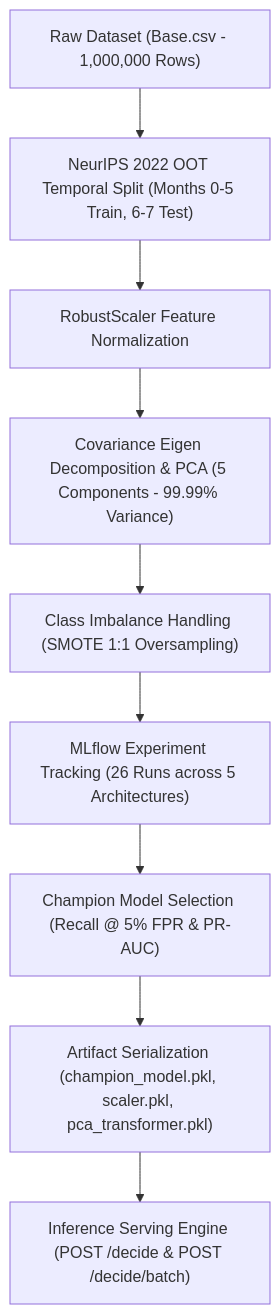
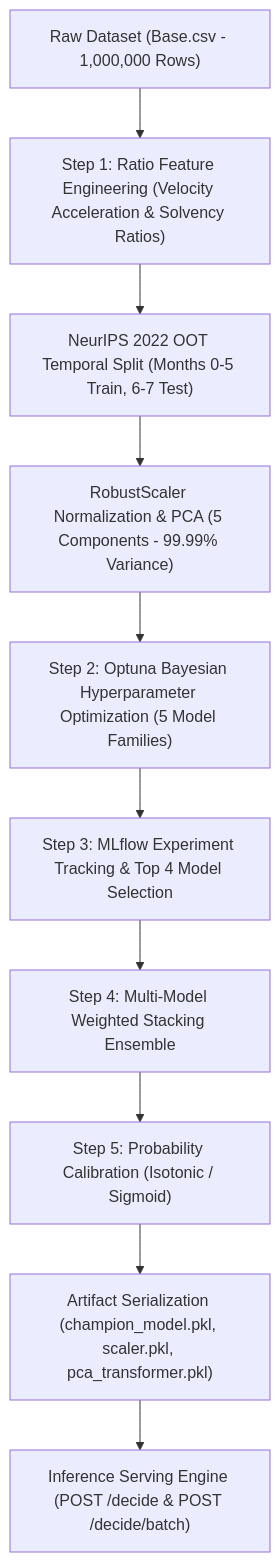
The first of 2 diagrams in README.md (PriyankaHichkad/FinOps-Security-Agent), drawn with Mermaid before and after one commit. The commit also changed 11 other files, not shown here.

````diff
--- a/README.md
+++ b/README.md
@@ -11,15 +11,15 @@
 ```mermaid
 graph TD
-    A["Raw Dataset (Base.csv - 1,000,000 Rows)"] --> B["NeurIPS 2022 OOT Temporal Split (Months 0-5 Train, 6-7 Test)"]
+    A["Raw Dataset (Base.csv - 1,000,000 Rows)"] --> B["Step 1: Ratio Feature Engineering (Velocity Acceleration & Solvency Ratios)"]
+    B --> C["NeurIPS 2022 OOT Temporal Split (Months 0-5 Train, 6-7 Test)"]
     
-    B --> C["RobustScaler Feature Normalization"]
-    C --> D["Covariance Eigen Decomposition & PCA (5 Components - 99.99% Variance)"]
+    C --> D["RobustScaler Normalization & PCA (5 Components - 99.99% Variance)"]
+    D --> E["Step 2: Optuna Bayesian Hyperparameter Optimization (5 Model Families)"]
     
-    D --> E["Class Imbalance Handling (SMOTE 1:1 Oversampling)"]
+    E --> F["Step 3: MLflow Experiment Tracking & Top 4 Model Selection"]
+    F --> G["Step 4: Multi-Model Weighted Stacking Ensemble"]
+    G --> H["Step 5: Probability Calibration (Isotonic / Sigmoid)"]
     
-    E --> F["MLflow Experiment Tracking (26 Runs across 5 Architectures)"]
-    F --> G["Champion Model Selection (Recall @ 5% FPR & PR-AUC)"]
-    
-    G --> H["Artifact Serialization (champion_model.pkl, scaler.pkl, pca_transformer.pkl)"]
-    H --> I["Inference Serving Engine (POST /decide & POST /decide/batch)"]
+    H --> I["Artifact Serialization (champion_model.pkl, scaler.pkl, pca_transformer.pkl)"]
+    I --> J["Inference Serving Engine (POST /decide & POST /decide/batch)"]
 ```
````
